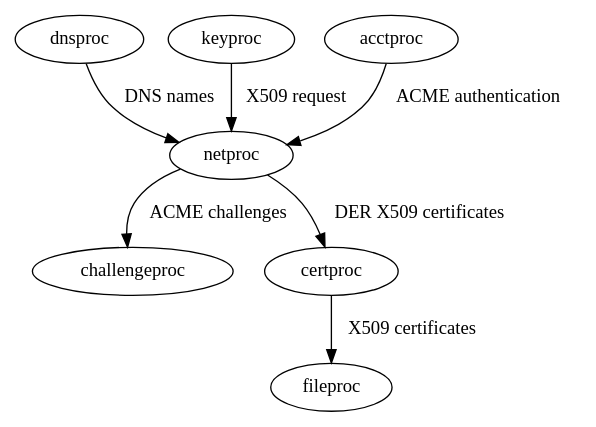
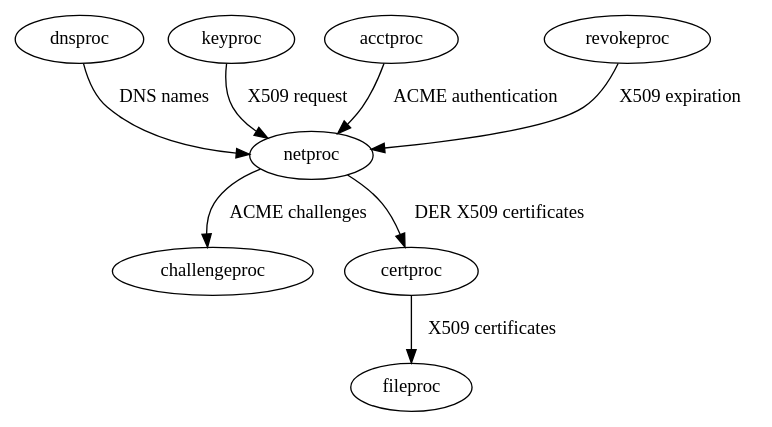
Before and after one commit to kristapsdz/acme-client: the diagram in letskencrypt.dot, drawn with Graphviz. The commit also changed 6 other files, not shown here.

```diff
--- a/letskencrypt.dot
+++ b/letskencrypt.dot
@@ -1,16 +1,18 @@
 digraph {
 	dnsproc[label="dnsproc"];
 	fileproc[label="fileproc"];
 	chngproc[label="challengeproc"];
 	netproc[label="netproc"];
 	keyproc[label="keyproc"];
 	acctproc[label="acctproc"];
 	certproc[label="certproc"];
+	revokeproc[label="revokeproc"];
 
+	revokeproc -> netproc[label="X509 expiration"];
 	dnsproc -> netproc[label="DNS names"];
 	certproc -> fileproc[label="X509 certificates"];
 	netproc -> chngproc[label="ACME challenges"];
 	keyproc -> netproc[label="X509 request"];
 	acctproc -> netproc[label="ACME authentication"];
 	netproc -> certproc[label="DER X509 certificates"];
 }
```
